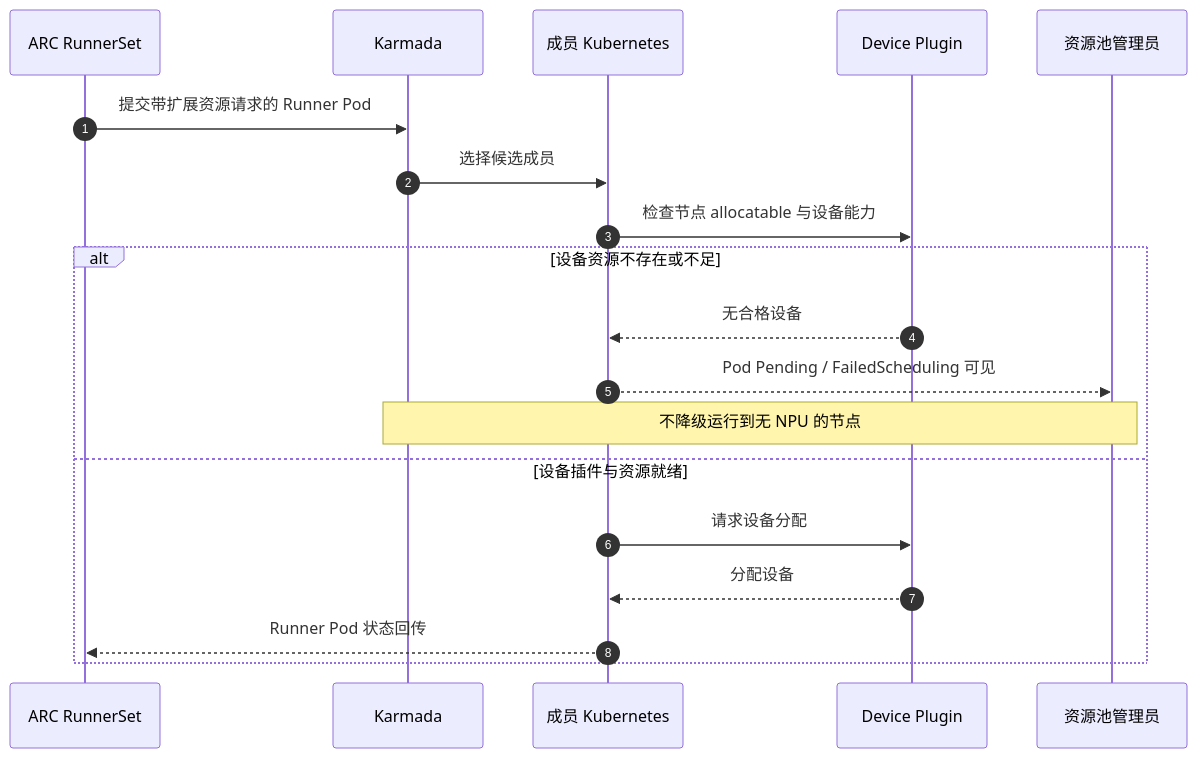
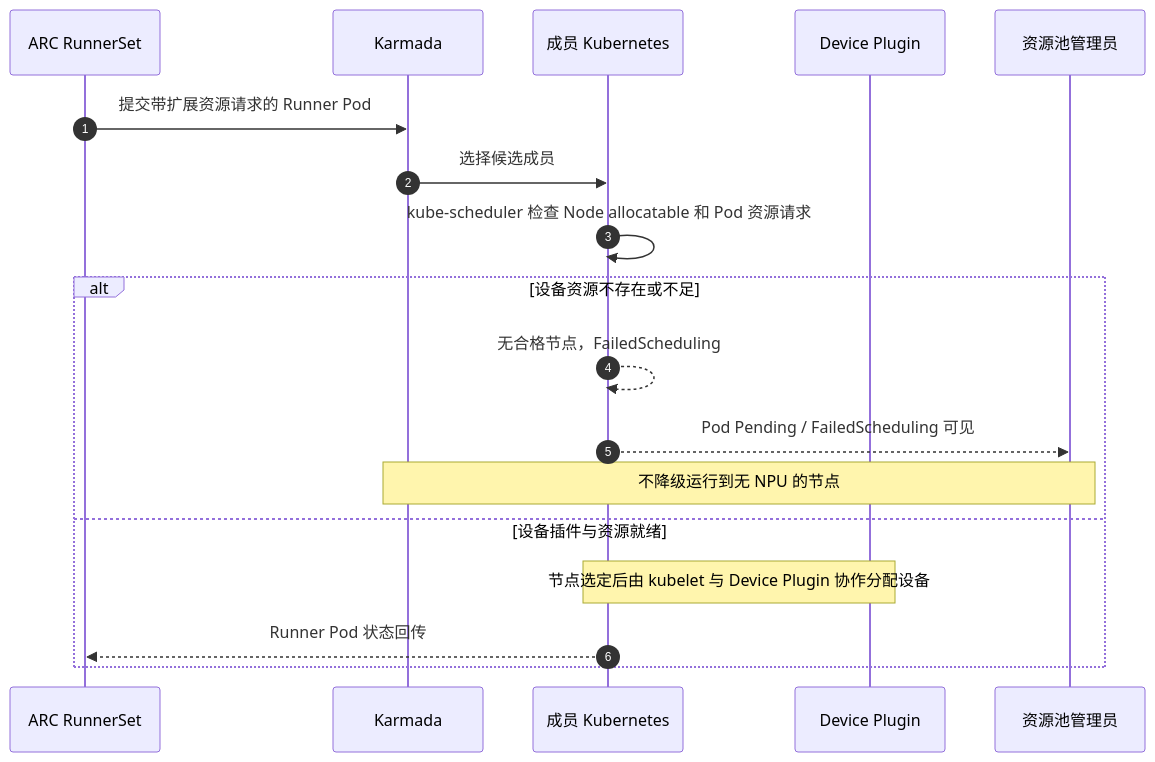
One commit to pkking/arc-karmada-test changed diagram 15 of 15 in docs/ASCEND-CI-FEDERATED-CLUSTER-FUNCTIONAL-DESIGN.md. Above: the diagram before and after it, drawn with Mermaid. The commit also changed other lines of this file and 1 other file, not shown here.

````diff
--- a/docs/ASCEND-CI-FEDERATED-CLUSTER-FUNCTIONAL-DESIGN.md
+++ b/docs/ASCEND-CI-FEDERATED-CLUSTER-FUNCTIONAL-DESIGN.md
@@ -1032,21 +1431,20 @@
 ```mermaid
 sequenceDiagram
     autonumber
     participant ARC as ARC RunnerSet
     participant K as Karmada
     participant Cluster as 成员 Kubernetes
     participant Plugin as Device Plugin
     participant Ops as 资源池管理员
     ARC->>K: 提交带扩展资源请求的 Runner Pod
     K->>Cluster: 选择候选成员
-    Cluster->>Plugin: 检查节点 allocatable 与设备能力
+    Cluster->>Cluster: kube-scheduler 检查 Node allocatable 和 Pod 资源请求
     alt 设备资源不存在或不足
-      Plugin-->>Cluster: 无合格设备
+      Cluster-->>Cluster: 无合格节点，FailedScheduling
       Cluster-->>Ops: Pod Pending / FailedScheduling 可见
       Note over K,Ops: 不降级运行到无 NPU 的节点
     else 设备插件与资源就绪
-      Cluster->>Plugin: 请求设备分配
-      Plugin-->>Cluster: 分配设备
+      Note over Cluster,Plugin: 节点选定后由 kubelet 与 Device Plugin 协作分配设备
       Cluster-->>ARC: Runner Pod 状态回传
     end
 ```
````
